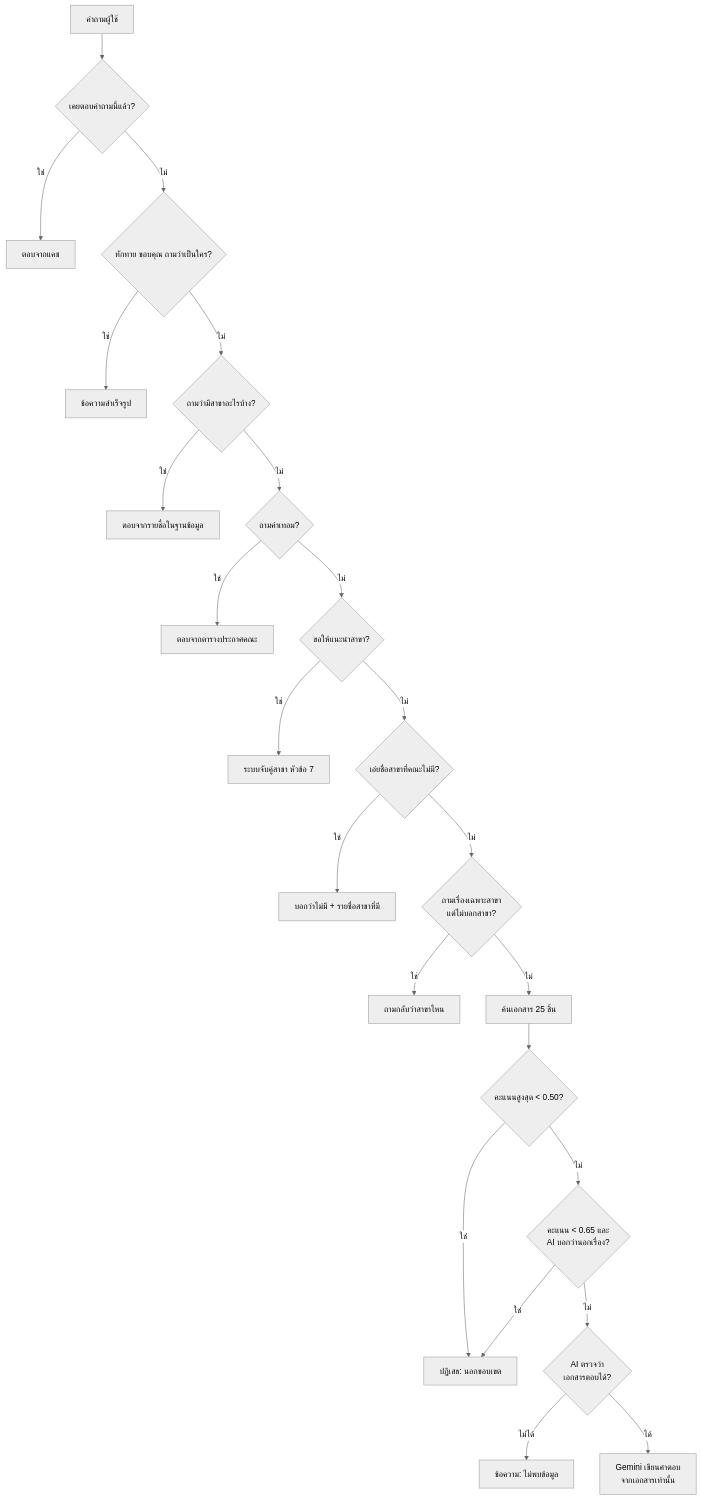
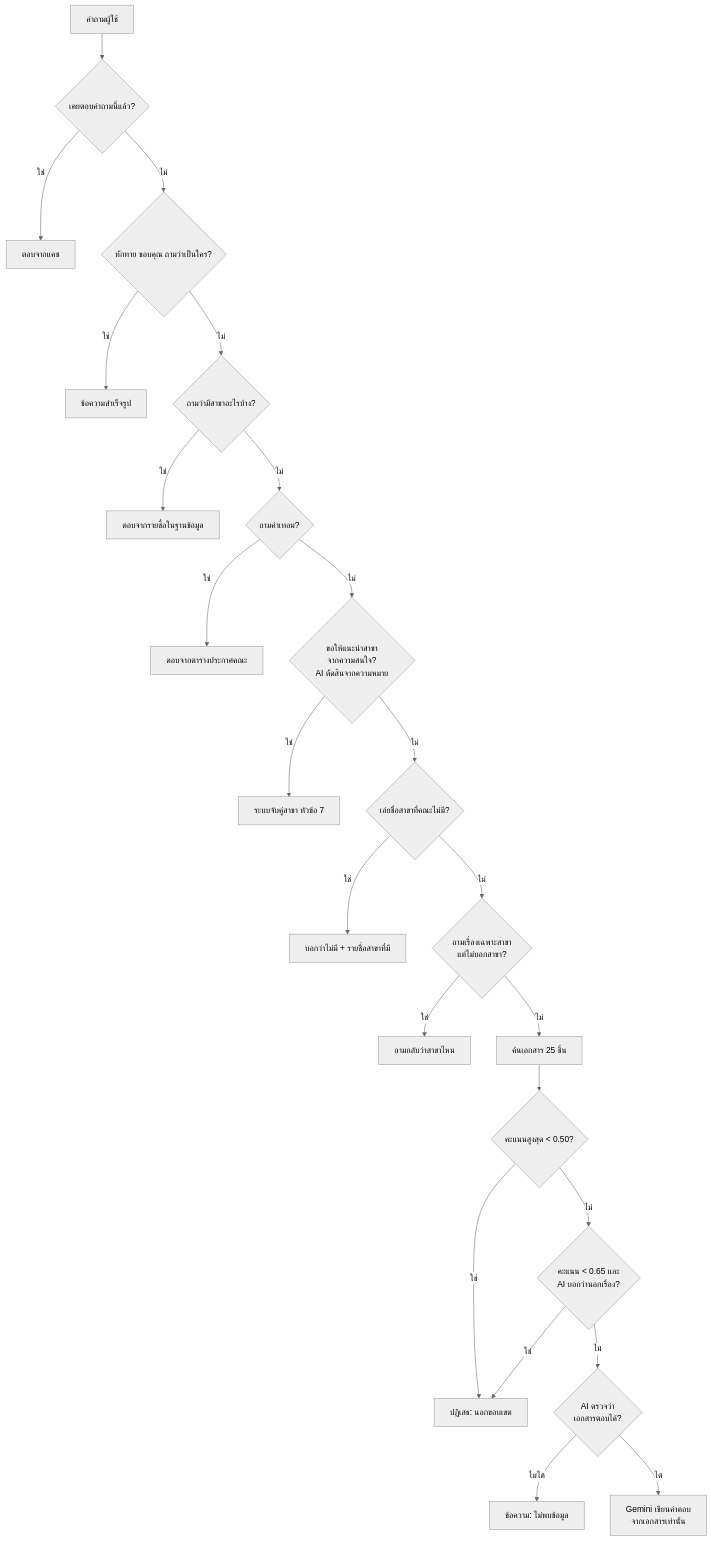
The second of 2 diagrams in docs/AI_METHODS.md (pattana-ketchot/Project-Chataipnru), drawn with Mermaid (neutral theme) before and after one commit. The commit also changed other lines of this file and 6 other files, not shown here.

````diff
--- a/docs/AI_METHODS.md
+++ b/docs/AI_METHODS.md
@@ -142,25 +143,25 @@
 ```mermaid
 flowchart TD
     Q[คำถามผู้ใช้] --> C0{เคยตอบคำถามนี้แล้ว?}
     C0 -- ใช่ --> R0[ตอบจากแคช]
     C0 -- ไม่ --> C1{ทักทาย ขอบคุณ ถามว่าเป็นใคร?}
     C1 -- ใช่ --> R1[ข้อความสำเร็จรูป]
     C1 -- ไม่ --> C2{ถามว่ามีสาขาอะไรบ้าง?}
     C2 -- ใช่ --> R2[ตอบจากรายชื่อในฐานข้อมูล]
     C2 -- ไม่ --> C3{ถามค่าเทอม?}
     C3 -- ใช่ --> R3[ตอบจากตารางประกาศคณะ]
-    C3 -- ไม่ --> C4{ขอให้แนะนำสาขา?}
+    C3 -- ไม่ --> C4{ขอให้แนะนำสาขา<br/>จากความสนใจ?<br/>AI ตัดสินจากความหมาย}
     C4 -- ใช่ --> R4[ระบบจับคู่สาขา หัวข้อ 7]
     C4 -- ไม่ --> C5{เอ่ยชื่อสาขาที่คณะไม่มี?}
     C5 -- ใช่ --> R5[บอกว่าไม่มี + รายชื่อสาขาที่มี]
     C5 -- ไม่ --> C6{ถามเรื่องเฉพาะสาขา<br/>แต่ไม่บอกสาขา?}
     C6 -- ใช่ --> R6[ถามกลับว่าสาขาไหน]
     C6 -- ไม่ --> S[ค้นเอกสาร 25 ชิ้น]
     S --> G1{คะแนนสูงสุด < 0.50?}
     G1 -- ใช่ --> X1[ปฏิเสธ: นอกขอบเขต]
     G1 -- ไม่ --> G2{คะแนน < 0.65 และ<br/>AI บอกว่านอกเรื่อง?}
     G2 -- ใช่ --> X1
     G2 -- ไม่ --> G3{AI ตรวจว่า<br/>เอกสารตอบได้?}
     G3 -- ไม่ได้ --> X2[ข้อความ: ไม่พบข้อมูล]
     G3 -- ได้ --> A[Gemini เขียนคำตอบ<br/>จากเอกสารเท่านั้น]
 ```
````
